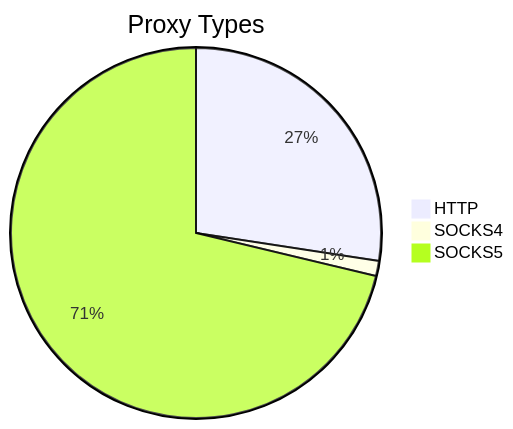
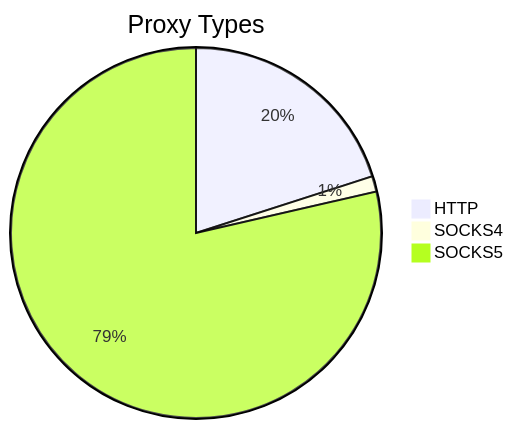
One commit to stormsia/proxy-list changed the first of 2 diagrams in README.md. Above: the diagram before and after it, drawn with Mermaid. The commit also changed other lines of this file, not shown here.

````diff
--- a/README.md
+++ b/README.md
@@ -21,6 +21,6 @@
 ```mermaid
 pie title Proxy Types
-    "HTTP" : 270
-    "SOCKS4" : 13
-    "SOCKS5" : 702
+    "HTTP" : 339
+    "SOCKS4" : 23
+    "SOCKS5" : 1329
 ```
````
